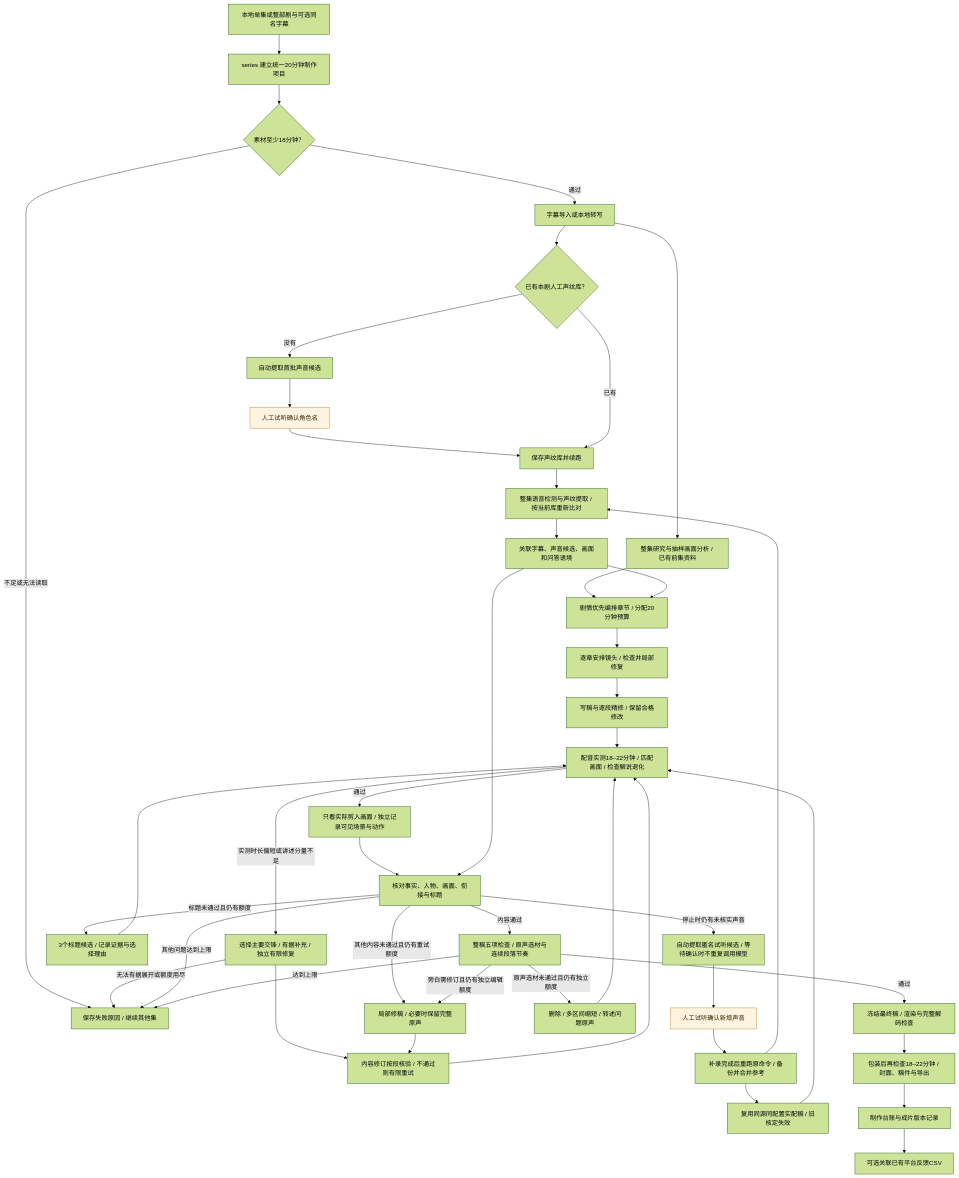
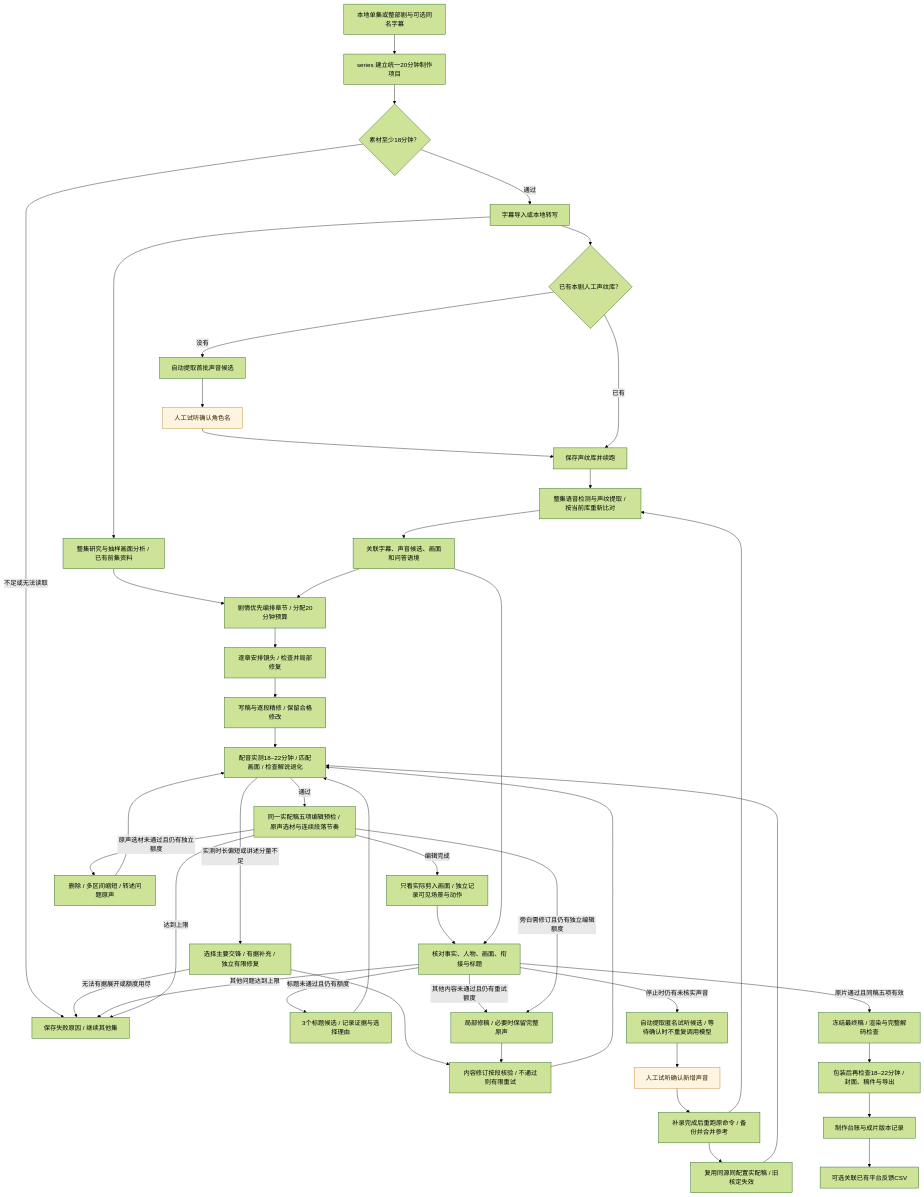
Before and after one commit to redrain-wang/autoclip1: the first of 2 diagrams in README.md, drawn with Mermaid (forest theme). The commit also changed other lines of this file and 10 other files, not shown here.

````diff
--- a/README.md
+++ b/README.md
@@ -73,49 +75,49 @@
 ```mermaid
 flowchart TD
     A[本地单集或整部剧与可选同名字幕] --> B[series 建立统一20分钟制作项目]
     B --> SRC{素材至少18分钟？}
     SRC -->|不足或无法读取| Q[保存失败原因 / 继续其他集]
     SRC -->|通过| C[字幕导入或本地转写]
     C --> D{已有本剧人工声纹库？}
     D -->|没有| E[自动提取首批声音候选]
     E --> F[人工试听确认角色名]
     F --> G[保存声纹库并续跑]
     D -->|已有| G
     G --> H[整集语音检测与声纹提取 / 按当前库重新比对]
     H --> I[关联字幕、声音候选、画面和问答语境]
     C --> J[整集研究与抽样画面分析 / 已有前集资料]
     J --> K[剧情优先编排章节 / 分配20分钟预算]
     I --> K
     K --> L[逐章安排镜头 / 检查并局部修复]
     L --> M[写稿与逐段精修 / 保留合格修改]
     M --> N[配音实测18–22分钟 / 匹配画面 / 检查解说退化]
     N -->|实测时长偏短或讲述分量不足| CB[选择主要交锋 / 有据补充 / 独立有限修复]
     CB --> U
     CB -->|无法有据展开或额度用尽| Q
-    N -->|通过| VIS[只看实际剪入画面 / 独立记录可见场景与动作]
+    N -->|通过| QD[同一实配稿五项编辑预检 / 原声选材与连续段落节奏]
+    QD -->|编辑完成| VIS[只看实际剪入画面 / 独立记录可见场景与动作]
     VIS --> O[核对事实、人物、画面、衔接与标题]
     I --> O
     O -->|标题未通过且仍有额度| TT[3个标题候选 / 记录证据与选择理由]
     TT --> N
     O -->|其他内容未通过且仍有重试额度| P[局部修稿 / 必要时保留完整原声]
     P --> U[内容修订按段核验 / 不通过则有限重试]
     U --> N
     O -->|停止时仍有未核实声音| W[自动提取匿名试听候选 / 等待确认时不重复调用模型]
     W --> Z[人工试听确认新增声音]
     Z --> X[补录完成后重跑原命令 / 备份并合并参考]
     X --> H
     X --> Y[复用同源同配置实配稿 / 旧核定失效]
     Y --> N
     O -->|其他问题达到上限| Q
-    O -->|内容通过| QD[整稿五项检查 / 原声选材与连续段落节奏]
     QD -->|旁白需修订且仍有独立编辑额度| P
     QD -->|原声选材未通过且仍有独立额度| QS[删除 / 多区间缩短 / 转述问题原声]
     QS --> N
     QD -->|达到上限| Q
-    QD -->|通过| R[冻结最终稿 / 渲染与完整解码检查]
+    O -->|原片通过且同稿五项有效| R[冻结最终稿 / 渲染与完整解码检查]
     R --> S[包装后再检查18–22分钟 / 封面、稿件与导出]
     S --> T[制作台账与成片版本记录]
     T --> FB[可选关联已有平台反馈CSV]
     classDef human fill:#fff4df,stroke:#bd7a17,color:#332200
     class F,Z human
 ```
````
